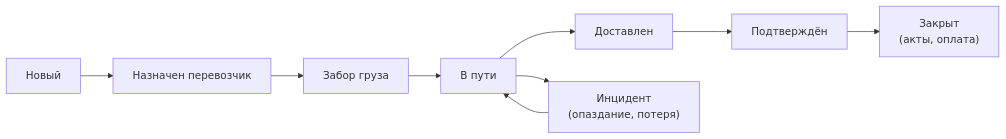
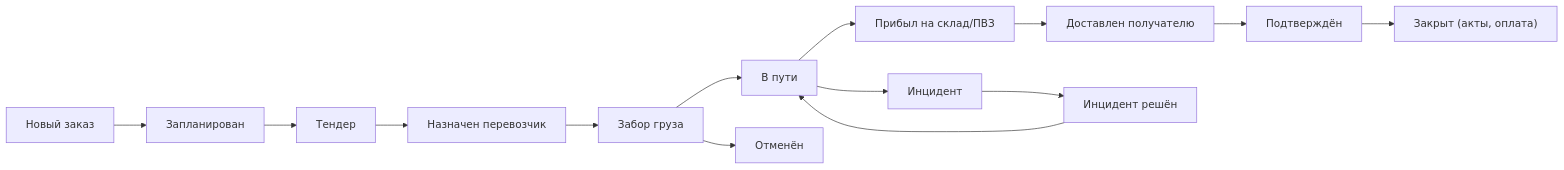
The second of 3 diagrams in docs/specialization/logistics-tms.md (sergeyodnoval-bot/sysanalyst-kb.github.io), drawn with Mermaid before and after one commit. The commit also changed other lines of this file and 13 other files, not shown here.

````diff
--- a/docs/specialization/logistics-tms.md
+++ b/docs/specialization/logistics-tms.md
@@ -35,11 +69,16 @@
 ```mermaid
 flowchart LR
-    NEW["Новый"] --> ASSIGN["Назначен перевозчик"]
-    ASSIGN --> PICK["Забор груза"]
-    PICK --> TRANSIT["В пути"]
-    TRANSIT --> DELIVERED["Доставлен"]
+    NEW["Новый заказ"] --> PLANNED["Запланирован"]
+    PLANNED --> TENDER["Тендер"]
+    TENDER --> ASSIGNED["Назначен перевозчик"]
+    ASSIGNED --> PICKUP["Забор груза"]
+    PICKUP --> IN_TRANSIT["В пути"]
+    IN_TRANSIT --> ARRIVED["Прибыл на склад/ПВЗ"]
+    ARRIVED --> DELIVERED["Доставлен получателю"]
     DELIVERED --> CONFIRMED["Подтверждён"]
-    CONFIRMED --> CLOSED["Закрыт<br/>(акты, оплата)"]
-    TRANSIT --> ISSUE["Инцидент<br/>(опаздание, потеря)"]
-    ISSUE --> TRANSIT
+    CONFIRMED --> CLOSED["Закрыт (акты, оплата)"]
+    IN_TRANSIT --> ISSUE["Инцидент"]
+    ISSUE --> RESOLVED["Инцидент решён"]
+    RESOLVED --> IN_TRANSIT
+    PICKUP --> CANCELLED["Отменён"]
 ```
````
